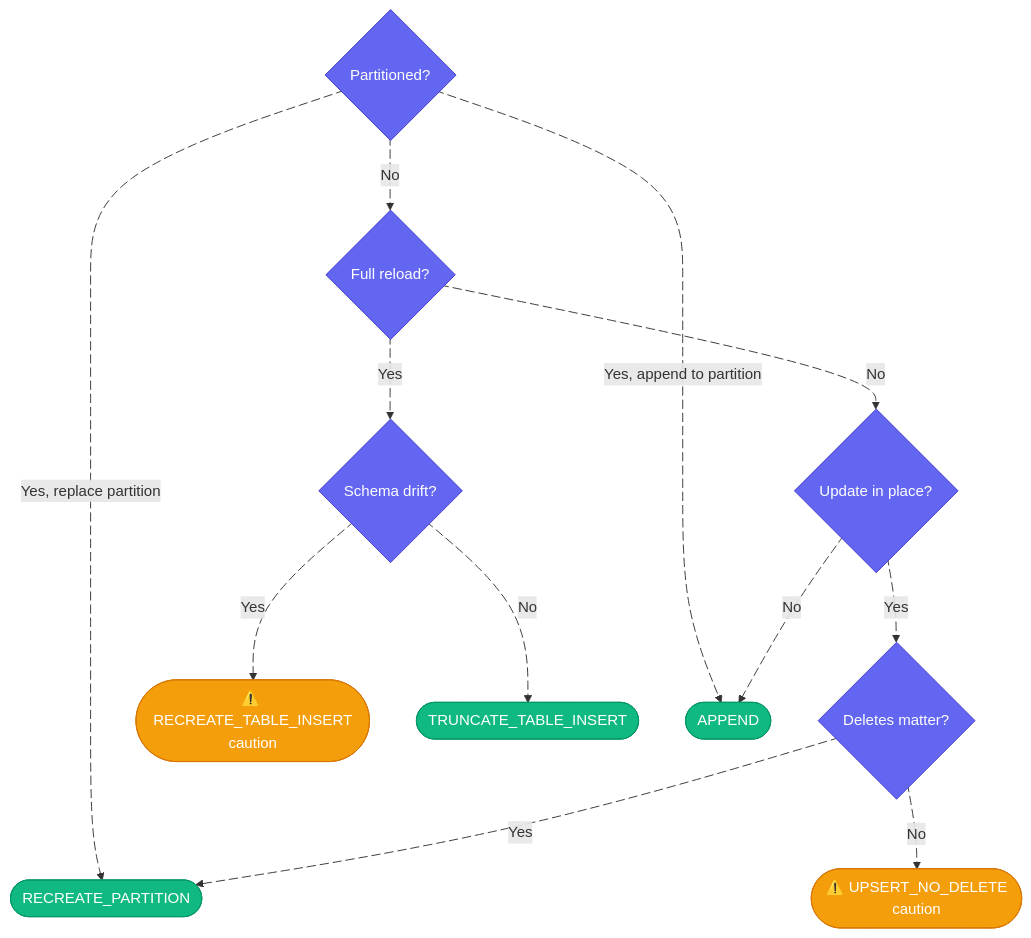
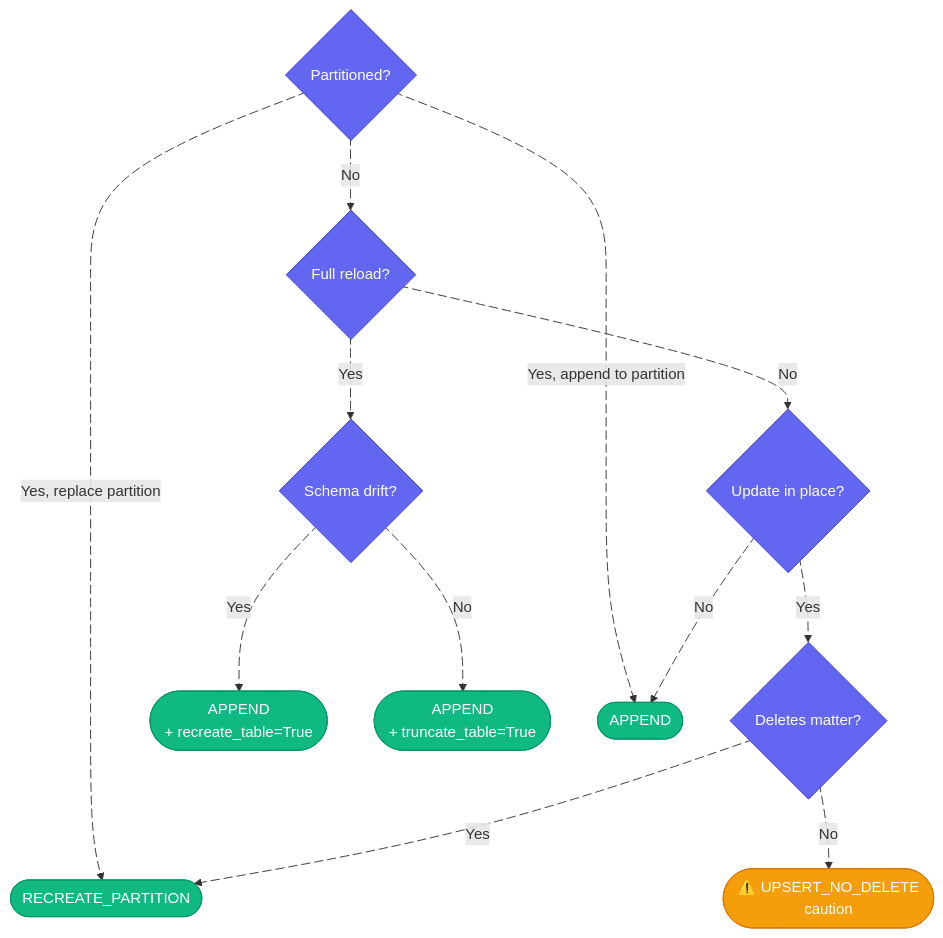
One commit to ebremstedt/bollhav changed the diagram in bollhav/docs/WHICH_TABLE_MODE.md. Above: the diagram before and after it, drawn with Mermaid. The commit also changed 65 other files, not shown here.

````diff
--- a/bollhav/docs/WHICH_TABLE_MODE.md
+++ b/bollhav/docs/WHICH_TABLE_MODE.md
@@ -5,42 +5,42 @@
 ```mermaid
 flowchart TD
     Q2{Partitioned?}:::question
     Q3{Full reload?}:::question
     Q4{Schema drift?}:::question
     Q5{Update in place?}:::question
     Q6{Deletes matter?}:::question
 
     RP([RECREATE_PARTITION]):::mode
-    RTI([⚠️ RECREATE_TABLE_INSERT<br>caution]):::caution
-    TTI([TRUNCATE_TABLE_INSERT]):::mode
+    APP_REC([APPEND<br>+ recreate_table=True]):::mode
+    APP_TRUNC([APPEND<br>+ truncate_table=True]):::mode
     UND([⚠️ UPSERT_NO_DELETE<br>caution]):::caution
     APP([APPEND]):::mode
 
     Q2 e3@-->|Yes, replace partition| RP
     Q2 e4@-->|Yes, append to partition| APP
     Q2 e5b@-->|No| Q3
     Q3 e5@-->|Yes| Q4
     Q3 e6@-->|No| Q5
-    Q4 e7@-->|Yes| RTI
-    Q4 e8@-->|No| TTI
+    Q4 e7@-->|Yes| APP_REC
+    Q4 e8@-->|No| APP_TRUNC
     Q5 e9@-->|Yes| Q6
     Q5 e10@-->|No| APP
     Q6 e11@-->|No| UND
     Q6 e12@-->|Yes| RP
 
     e3@{ animation: fast }
     e4@{ animation: fast }
     e5b@{ animation: fast }
     e5@{ animation: fast }
     e6@{ animation: fast }
     e7@{ animation: fast }
     e8@{ animation: fast }
     e9@{ animation: fast }
     e10@{ animation: fast }
     e11@{ animation: fast }
     e12@{ animation: fast }
 
     classDef question fill:#6366f1,stroke:#4338ca,color:#fff
     classDef mode fill:#10b981,stroke:#059669,color:#fff
     classDef caution fill:#f59e0b,stroke:#d97706,color:#fff
 ```
````
